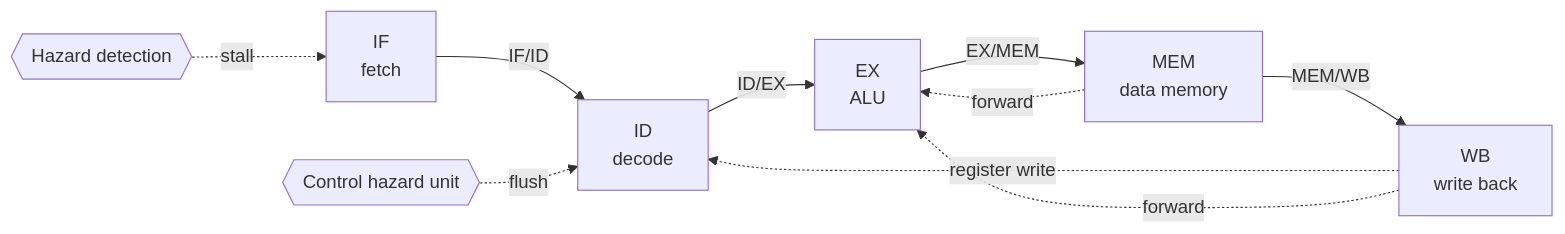
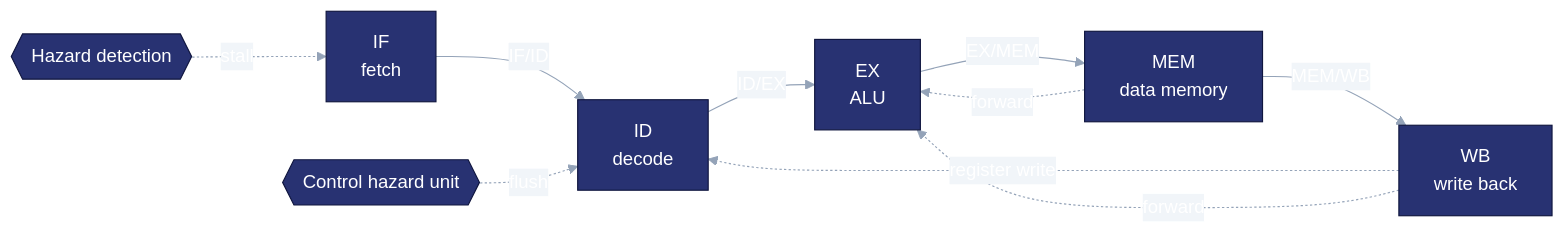
The diagram in README.md (devjwk/Project-Part-1), drawn with Mermaid before and after one commit. The commit also changed other lines of this file and 1 other file, not shown here.

Commit message:
Add concept banner and color theme to README

````diff
--- a/README.md
+++ b/README.md
@@ -52,9 +48,10 @@
 ```mermaid
+%%{init: {"theme": "base", "themeVariables": {"primaryColor": "#283272", "primaryTextColor": "#ffffff", "primaryBorderColor": "#10163F", "lineColor": "#94A3B8", "secondaryColor": "#283272", "tertiaryColor": "#10163F", "clusterBkg": "#F8FAFC", "clusterBorder": "#94A3B8", "edgeLabelBackground": "#F1F5F9", "fontFamily": "ui-sans-serif, system-ui, sans-serif"}}}%%
 flowchart LR
     IF["IF<br/>fetch"] -->|"IF/ID"| ID["ID<br/>decode"] -->|"ID/EX"| EX["EX<br/>ALU"] -->|"EX/MEM"| MEM["MEM<br/>data memory"] -->|"MEM/WB"| WB["WB<br/>write back"]
     WB -.->|"register write"| ID
     MEM -.->|"forward"| EX
     WB -.->|"forward"| EX
     HZ{{"Hazard detection"}} -.->|"stall"| IF
     CH{{"Control hazard unit"}} -.->|"flush"| ID
 ```
````
